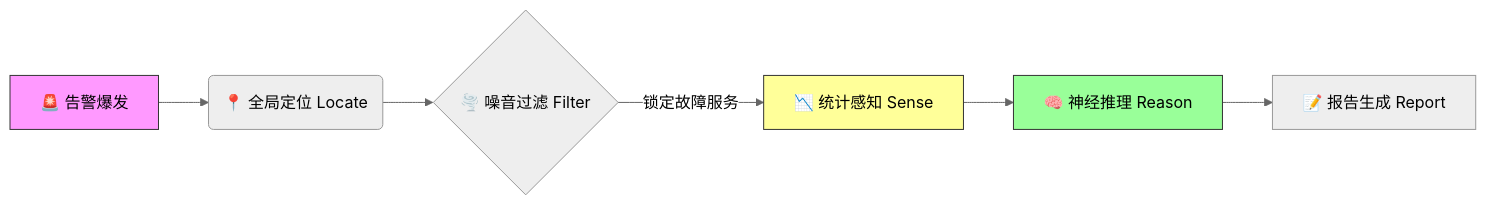
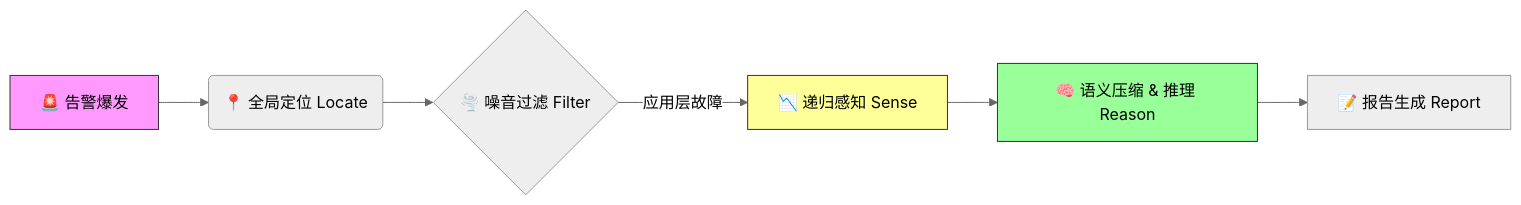
Before and after one commit to qingshanyuluo/AIOps-Intelligent-RCA: the diagram in README.md, drawn with Mermaid (neutral theme). The commit also changed other lines of this file, not shown here.

````diff
--- a/README.md
+++ b/README.md
@@ -52,12 +52,12 @@
 ```mermaid
 graph LR
     A[🚨 告警爆发] --> B(📍 全局定位 Locate)
     B --> C{🌪️ 噪音过滤 Filter}
-    C -->|锁定故障服务| D[📉 统计感知 Sense]
-    D --> E[🧠 神经推理 Reason]
+    C -->|应用层故障| D[📉 递归感知 Sense]
+    D --> E[🧠 语义压缩 & 推理 Reason]
     E --> F[📝 报告生成 Report]
     
     style A fill:#f9f,stroke:#333
     style D fill:#ff9,stroke:#333
     style E fill:#9f9,stroke:#333
 ```
````
